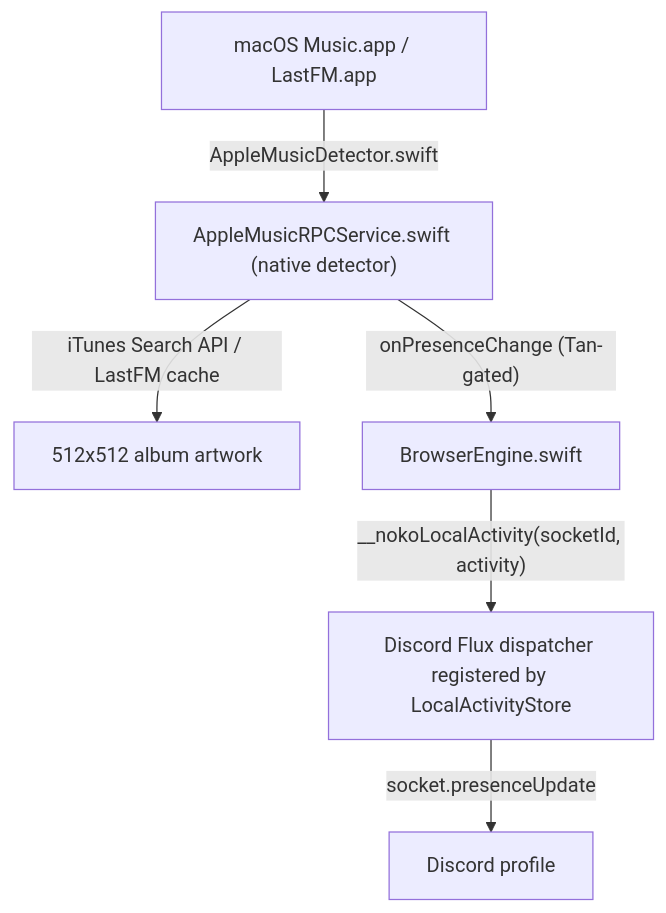
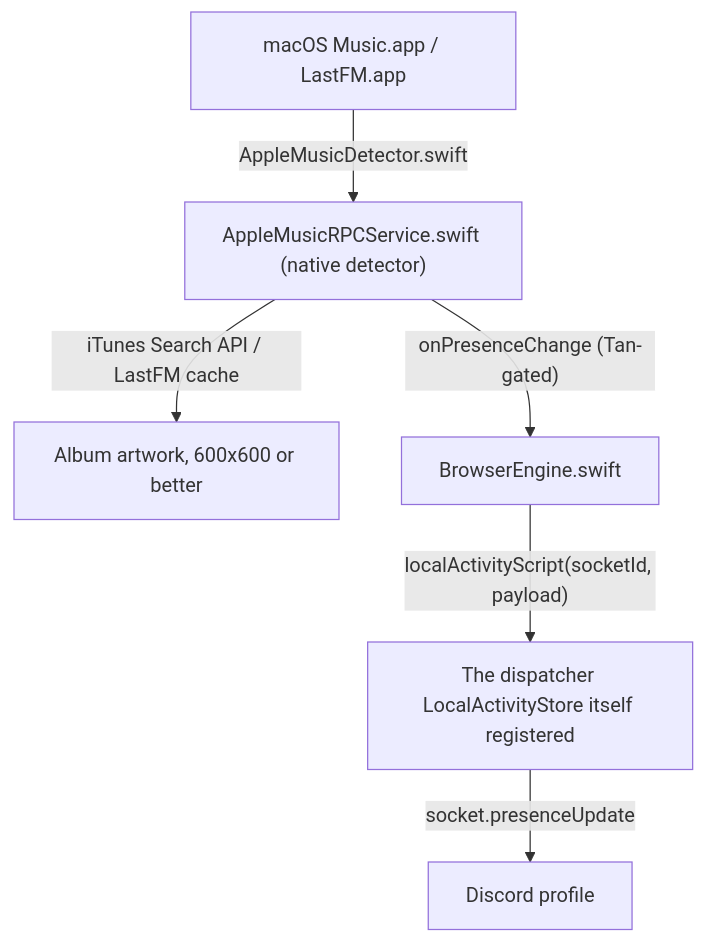
The second of 2 diagrams in docs/NATIVE_FEATURES.md (shiikatan/NokoCord), drawn with Mermaid before and after one commit. The commit also changed other lines of this file and 7 other files, not shown here.

````diff
--- a/docs/NATIVE_FEATURES.md
+++ b/docs/NATIVE_FEATURES.md
@@ -183,8 +199,8 @@
 ```mermaid
 graph TD
     A[macOS Music.app / LastFM.app] -->|"AppleMusicDetector.swift"| B["AppleMusicRPCService.swift (native detector)"]
-    B -->|"iTunes Search API / LastFM cache"| C[512x512 album artwork]
+    B -->|"iTunes Search API / LastFM cache"| C[Album artwork, 600x600 or better]
     B -->|"onPresenceChange (Tan-gated)"| D[BrowserEngine.swift]
-    D -->|"__nokoLocalActivity(socketId, activity)"| E["Discord Flux dispatcher registered by LocalActivityStore"]
+    D -->|"localActivityScript(socketId, payload)"| E["The dispatcher LocalActivityStore itself registered"]
     E -->|"socket.presenceUpdate"| F[Discord profile]
 ```
````
